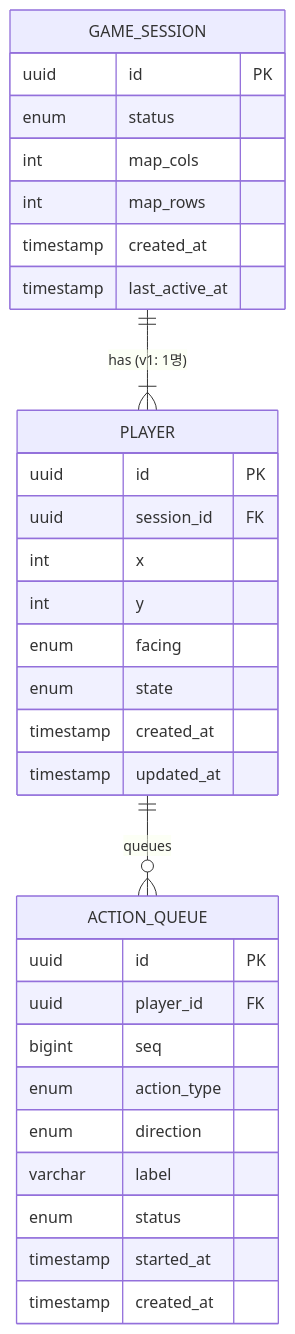
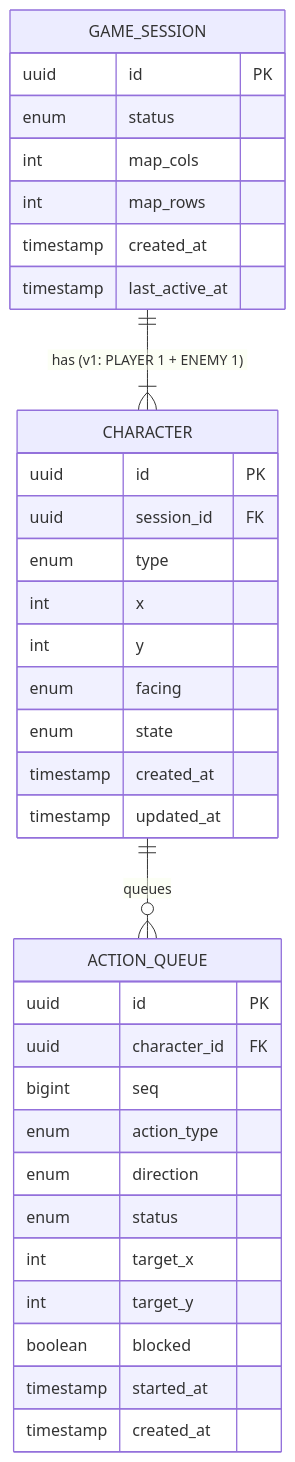
Before and after one commit to sidaesekki/Say2Play: the diagram in docs/erd.md, drawn with Mermaid. The commit also changed other lines of this file and 1 other file, not shown here.

````diff
--- a/docs/erd.md
+++ b/docs/erd.md
@@ -24,35 +25,38 @@
 ```mermaid
 erDiagram
-    GAME_SESSION ||--|{ PLAYER : "has (v1: 1명)"
-    PLAYER ||--o{ ACTION_QUEUE : "queues"
+    GAME_SESSION ||--|{ CHARACTER : "has (v1: PLAYER 1 + ENEMY 1)"
+    CHARACTER ||--o{ ACTION_QUEUE : "queues"
 
     GAME_SESSION {
         uuid id PK
         enum status
         int map_cols
         int map_rows
         timestamp created_at
         timestamp last_active_at
     }
-    PLAYER {
+    CHARACTER {
         uuid id PK
         uuid session_id FK
+        enum type
         int x
         int y
         enum facing
         enum state
         timestamp created_at
         timestamp updated_at
     }
     ACTION_QUEUE {
         uuid id PK
-        uuid player_id FK
+        uuid character_id FK
         bigint seq
         enum action_type
         enum direction
-        varchar label
         enum status
+        int target_x
+        int target_y
+        boolean blocked
         timestamp started_at
         timestamp created_at
     }
 ```
````
